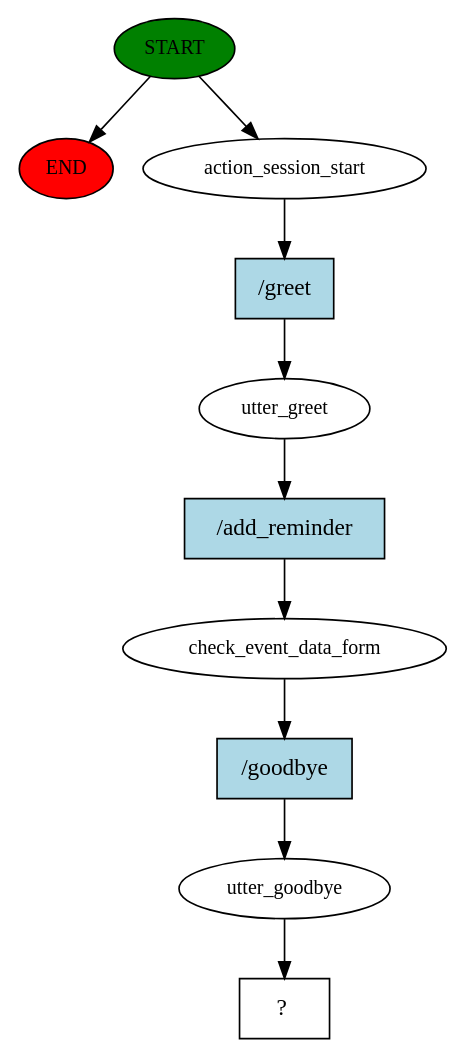
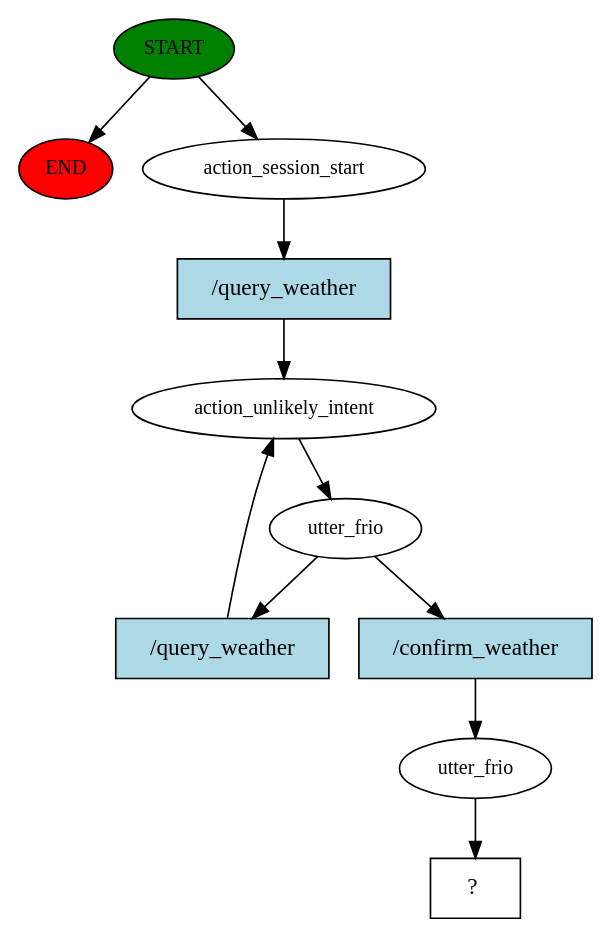
One commit to BernardoLeandro1/PI changed the diagram in rasa-assistant/story_graph.dot. Above: the diagram before and after it, drawn with Graphviz. The commit also changed 202 other files, not shown here.

```diff
--- a/rasa-assistant/story_graph.dot
+++ b/rasa-assistant/story_graph.dot
@@ -1,21 +1,22 @@
 digraph  {
 0 [class="start active", fillcolor=green, fontsize=12, label=START, style=filled];
 "-1" [class=end, fillcolor=red, fontsize=12, label=END, style=filled];
 1 [class=active, fontsize=12, label=action_session_start];
-2 [class=active, fontsize=12, label=utter_greet];
-3 [class=active, fontsize=12, label=check_event_data_form];
-4 [class=active, fontsize=12, label=utter_goodbye];
-5 [class="intent dashed active", label="  ?  ", shape=rect];
-6 [class="intent active", fillcolor=lightblue, label="/greet", shape=rect, style=filled];
-7 [class="intent active", fillcolor=lightblue, label="/add_reminder", shape=rect, style=filled];
-8 [class="intent active", fillcolor=lightblue, label="/goodbye", shape=rect, style=filled];
+2 [class=active, fontsize=12, label=action_unlikely_intent];
+3 [class=active, fontsize=12, label=utter_frio];
+6 [class=active, fontsize=12, label=utter_frio];
+7 [class="intent dashed active", label="  ?  ", shape=rect];
+8 [class="intent active", fillcolor=lightblue, label="/query_weather", shape=rect, style=filled];
+9 [class="intent active", fillcolor=lightblue, label="/query_weather", shape=rect, style=filled];
+10 [class="intent active", fillcolor=lightblue, label="/confirm_weather", shape=rect, style=filled];
 0 -> "-1"  [class="", key=NONE, label=""];
 0 -> 1  [class=active, key=NONE, label=""];
-1 -> 6  [class=active, key=0];
-2 -> 7  [class=active, key=0];
-3 -> 8  [class=active, key=0];
-4 -> 5  [class=active, key=NONE, label=""];
-6 -> 2  [class=active, key=0];
-7 -> 3  [class=active, key=0];
-8 -> 4  [class=active, key=0];
+1 -> 8  [class=active, key=0];
+2 -> 3  [class=active, key=NONE, label=""];
+3 -> 9  [class=active, key=0];
+3 -> 10  [class=active, key=0];
+6 -> 7  [class=active, key=NONE, label=""];
+8 -> 2  [class=active, key=0];
+9 -> 2  [class=active, key=0];
+10 -> 6  [class=active, key=0];
 }
```
